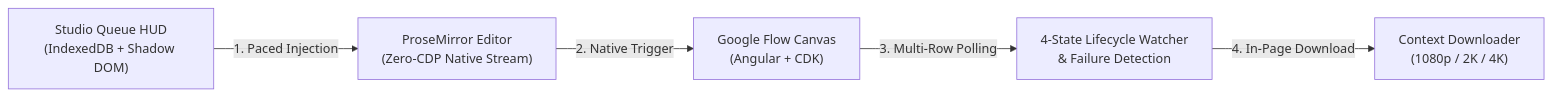
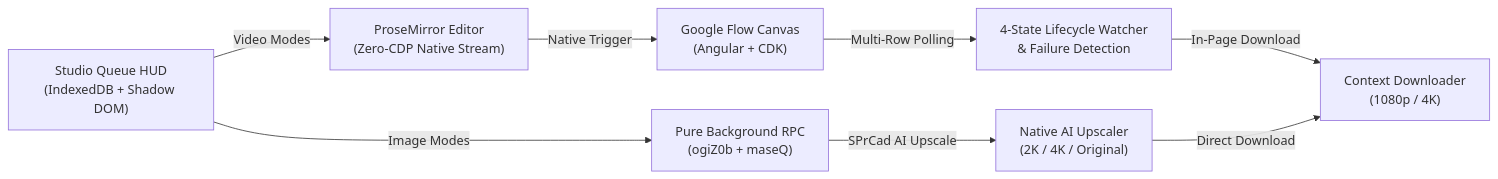
The diagram in README.md (riiicil/rj-vflow-auto), drawn with Mermaid before and after one commit. The commit also changed other lines of this file and 9 other files, not shown here.

````diff
--- a/README.md
+++ b/README.md
@@ -16,7 +16,10 @@
 ```mermaid
 flowchart LR
-    Queue["Studio Queue HUD\n(IndexedDB + Shadow DOM)"] -->|1. Paced Injection| ProseMirror["ProseMirror Editor\n(Zero-CDP Native Stream)"]
-    ProseMirror -->|2. Native Trigger| FlowCanvas["Google Flow Canvas\n(Angular + CDK)"]
-    FlowCanvas -->|3. Multi-Row Polling| Watcher["4-State Lifecycle Watcher\n& Failure Detection"]
-    Watcher -->|4. In-Page Download| Downloader["Context Downloader\n(1080p / 2K / 4K)"]
+    Queue["Studio Queue HUD\n(IndexedDB + Shadow DOM)"] -->|Video Modes| ProseMirror["ProseMirror Editor\n(Zero-CDP Native Stream)"]
+    Queue -->|Image Modes| BGRPC["Pure Background RPC\n(ogiZ0b + maseQ)"]
+    ProseMirror -->|Native Trigger| FlowCanvas["Google Flow Canvas\n(Angular + CDK)"]
+    FlowCanvas -->|Multi-Row Polling| Watcher["4-State Lifecycle Watcher\n& Failure Detection"]
+    Watcher -->|In-Page Download| Downloader["Context Downloader\n(1080p / 4K)"]
+    BGRPC -->|SPrCad AI Upscale| NativeUpscale["Native AI Upscaler\n(2K / 4K / Original)"]
+    NativeUpscale -->|Direct Download| Downloader
 ```
````
